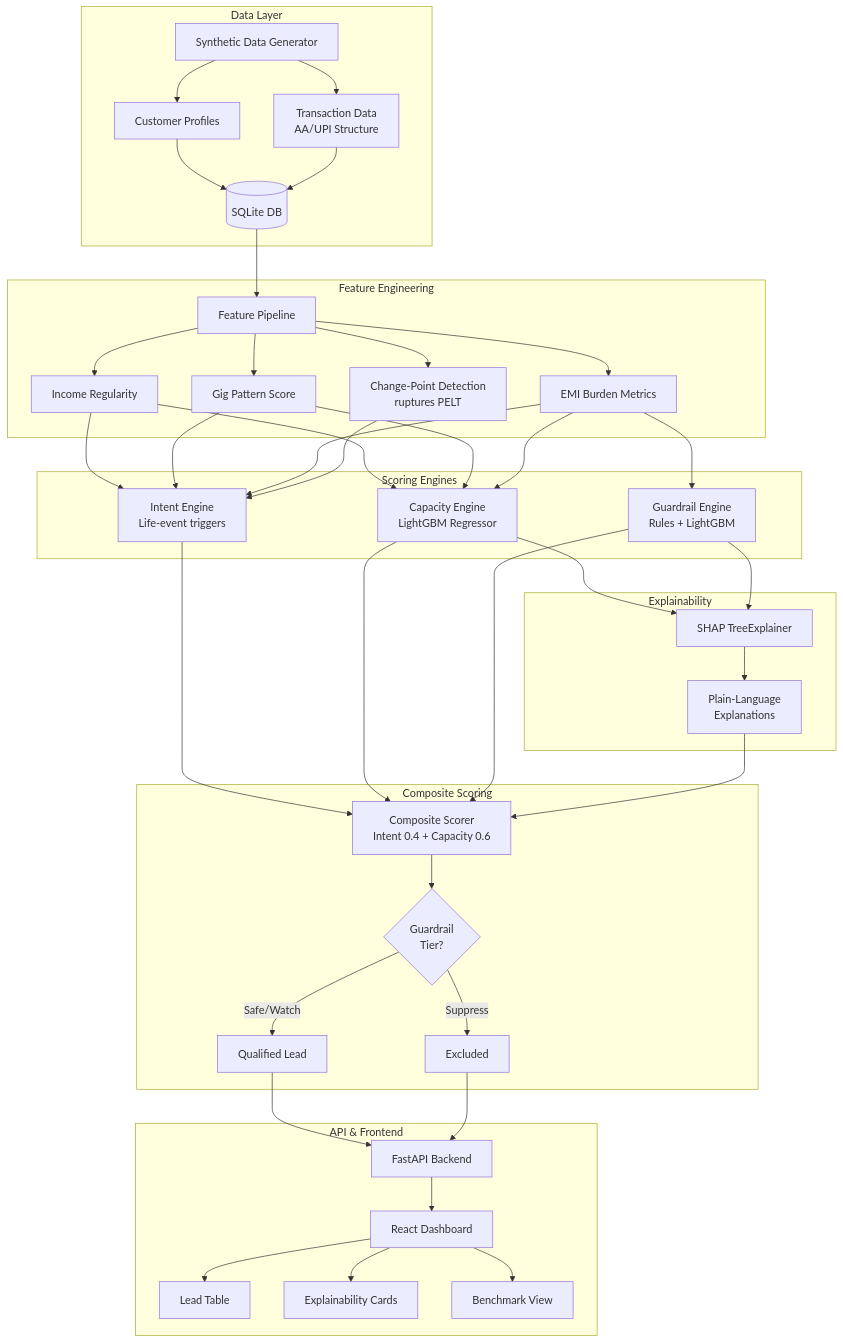
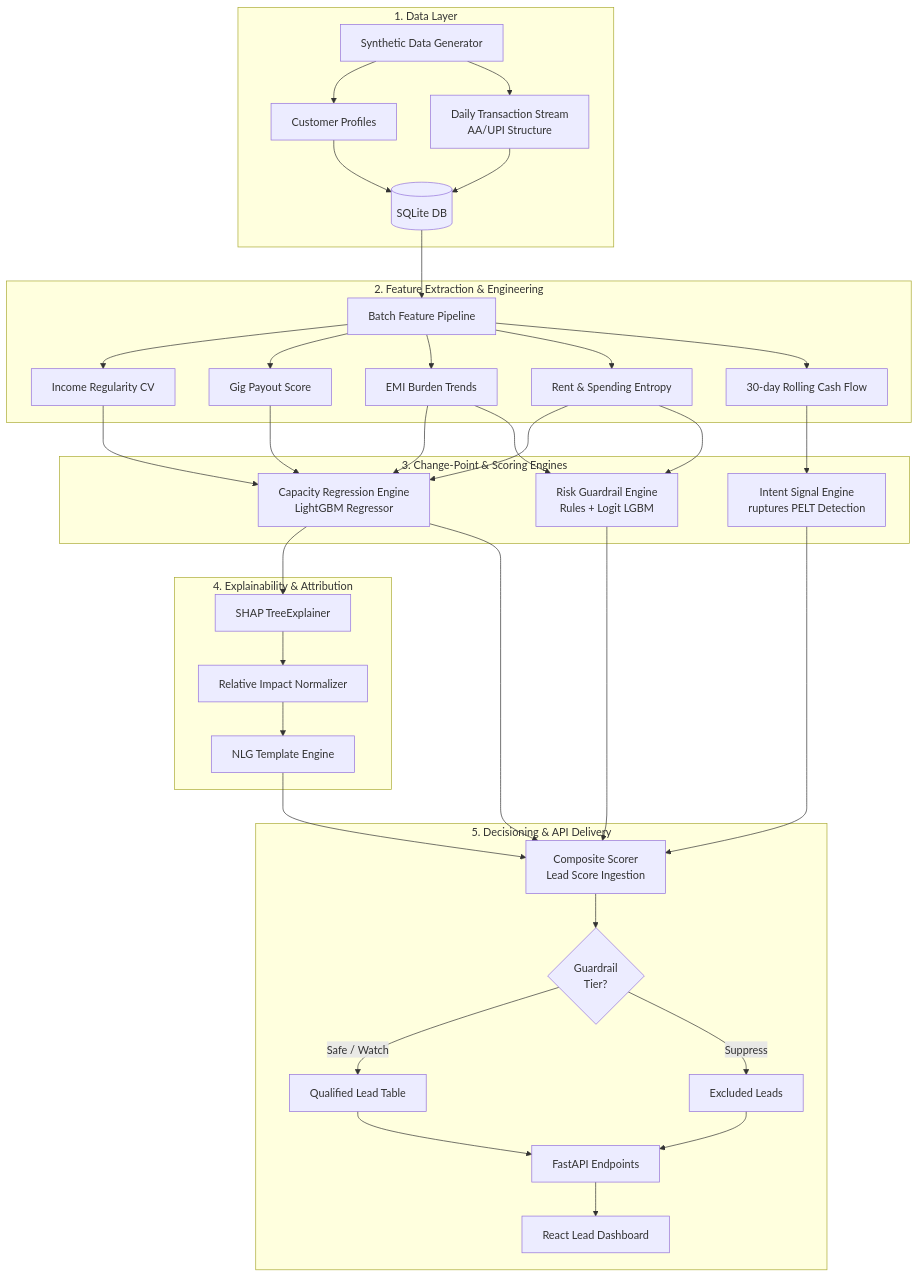
One commit to adarshcod30/CreditSetu changed the diagram in README.md. Above: the diagram before and after it, drawn with Mermaid. The commit also changed other lines of this file, not shown here.

````diff
--- a/README.md
+++ b/README.md
@@ -11,45 +43,40 @@
 ```mermaid
 graph TB
-    subgraph "Data Layer"
+    subgraph "1. Data Layer"
         A[Synthetic Data Generator] --> B[Customer Profiles]
-        A --> C[Transaction Data<br/>AA/UPI Structure]
+        A --> C[Daily Transaction Stream<br/>AA/UPI Structure]
         B --> D[(SQLite DB)]
         C --> D
     end
 
-    subgraph "Feature Engineering"
-        D --> E[Feature Pipeline]
-        E --> F[Income Regularity]
-        E --> G[Gig Pattern Score]
-        E --> H[EMI Burden Metrics]
-        E --> I[Change-Point Detection<br/>ruptures PELT]
+    subgraph "2. Feature Extraction & Engineering"
+        D --> E[Batch Feature Pipeline]
+        E --> F[Income Regularity CV]
+        E --> G[Gig Payout Score]
+        E --> H[EMI Burden Trends]
+        E --> I[Rent & Spending Entropy]
+        E --> J[30-day Rolling Cash Flow]
     end
 
-    subgraph "Scoring Engines"
-        F & G & H & I --> J[Intent Engine<br/>Life-event triggers]
-        F & G & H --> K[Capacity Engine<br/>LightGBM Regressor]
-        H --> L[Guardrail Engine<br/>Rules + LightGBM]
+    subgraph "3. Change-Point & Scoring Engines"
+        J --> K[Intent Signal Engine<br/>ruptures PELT Detection]
+        F & G & H & I --> L[Capacity Regression Engine<br/>LightGBM Regressor]
+        H & I --> M[Risk Guardrail Engine<br/>Rules + Logit LGBM]
     end
 
-    subgraph "Explainability"
-        K --> M[SHAP TreeExplainer]
-        L --> M
-        M --> N[Plain-Language<br/>Explanations]
+    subgraph "4. Explainability & Attribution"
+        L --> N[SHAP TreeExplainer]
+        N --> O[Relative Impact Normalizer]
+        O --> P[NLG Template Engine]
     end
 
-    subgraph "Composite Scoring"
-        J & K & L --> O[Composite Scorer<br/>Intent 0.4 + Capacity 0.6]
-        N --> O
-        O --> P{Guardrail<br/>Tier?}
-        P -->|Safe/Watch| Q[Qualified Lead]
-        P -->|Suppress| R[Excluded]
-    end
-
-    subgraph "API & Frontend"
-        Q & R --> S[FastAPI Backend]
-        S --> T[React Dashboard]
-        T --> U[Lead Table]
-        T --> V[Explainability Cards]
-        T --> W[Benchmark View]
+    subgraph "5. Decisioning & API Delivery"
+        K & L & M --> Q[Composite Scorer<br/>Lead Score Ingestion]
+        P --> Q
+        Q --> R{Guardrail<br/>Tier?}
+        R -->|Safe / Watch| S[Qualified Lead Table]
+        R -->|Suppress| T[Excluded Leads]
+        S & T --> U[FastAPI Endpoints]
+        U --> V[React Lead Dashboard]
     end
 ```
````
